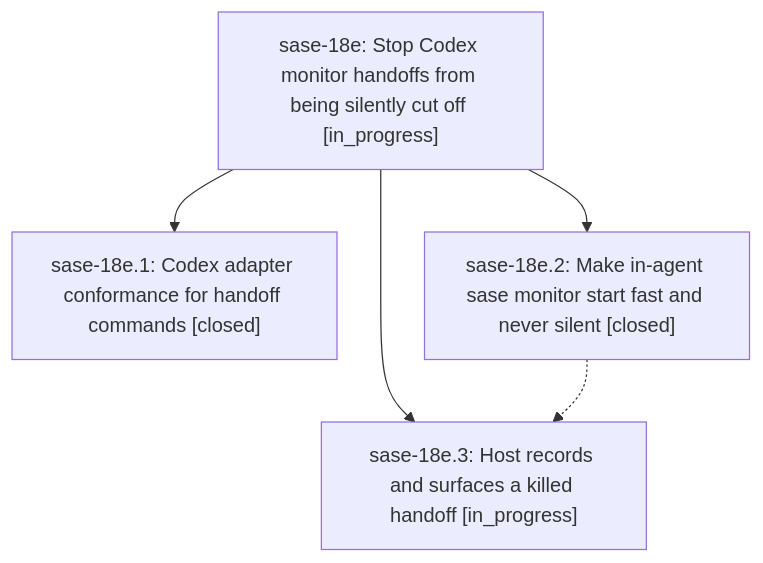
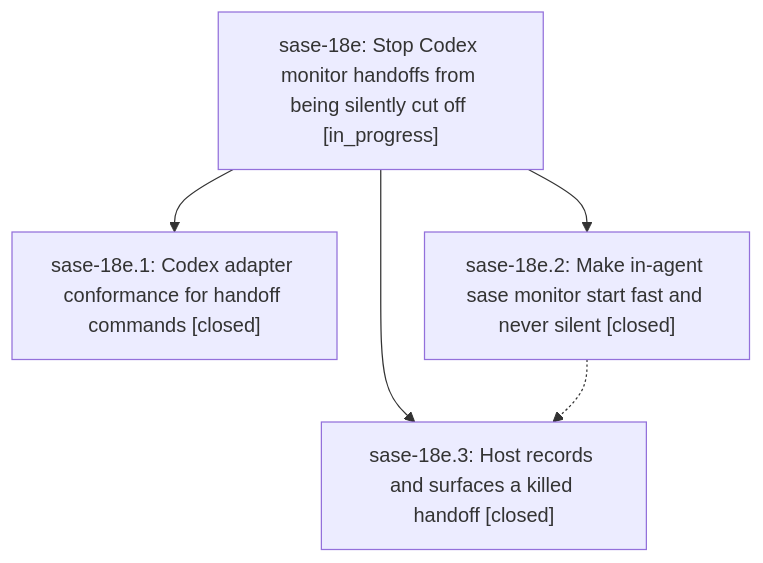
Before and after one commit to sase-org/sase--beads: the diagram in pages/sase-18e/README.md, drawn with Mermaid. The commit also changed other lines of this file and 2 other files, not shown here.

First line of the commit message:
chore(beads): sync bead state and pages for sase-18e

````diff
--- a/pages/sase-18e/README.md
+++ b/pages/sase-18e/README.md
@@ -24,11 +24,11 @@
 ```mermaid
 flowchart TD
     n0["sase-18e: Stop Codex monitor handoffs from being silently cut off [in_progress]"]
     n1["sase-18e.1: Codex adapter conformance for handoff commands [closed]"]
     n2["sase-18e.2: Make in-agent sase monitor start fast and never silent [closed]"]
-    n3["sase-18e.3: Host records and surfaces a killed handoff [in_progress]"]
+    n3["sase-18e.3: Host records and surfaces a killed handoff [closed]"]
     n0 --> n1
     n0 --> n2
     n0 --> n3
     n2 -.-> n3
 ```
````
